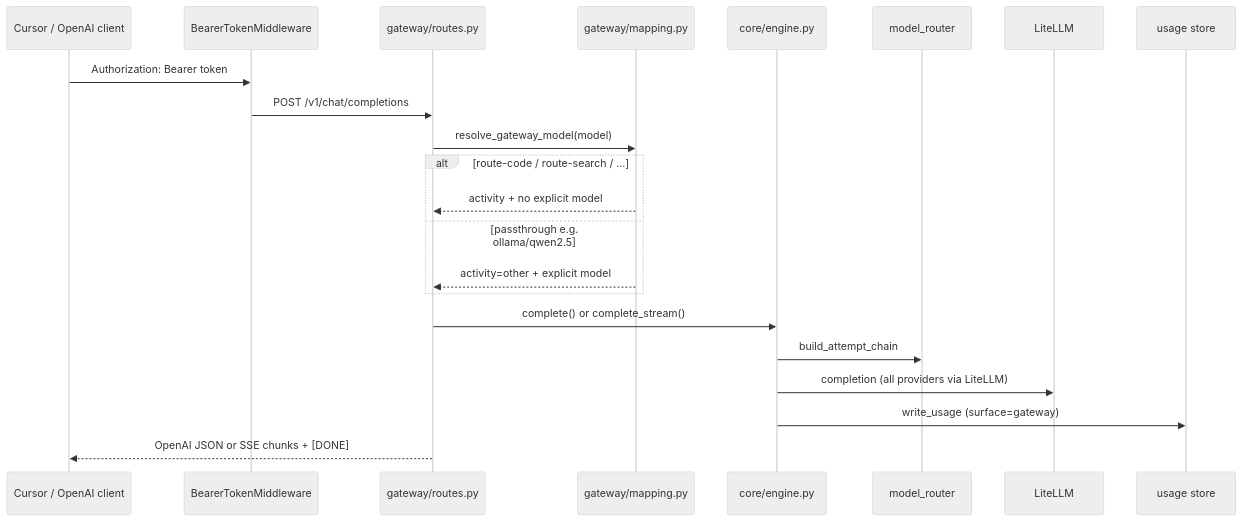
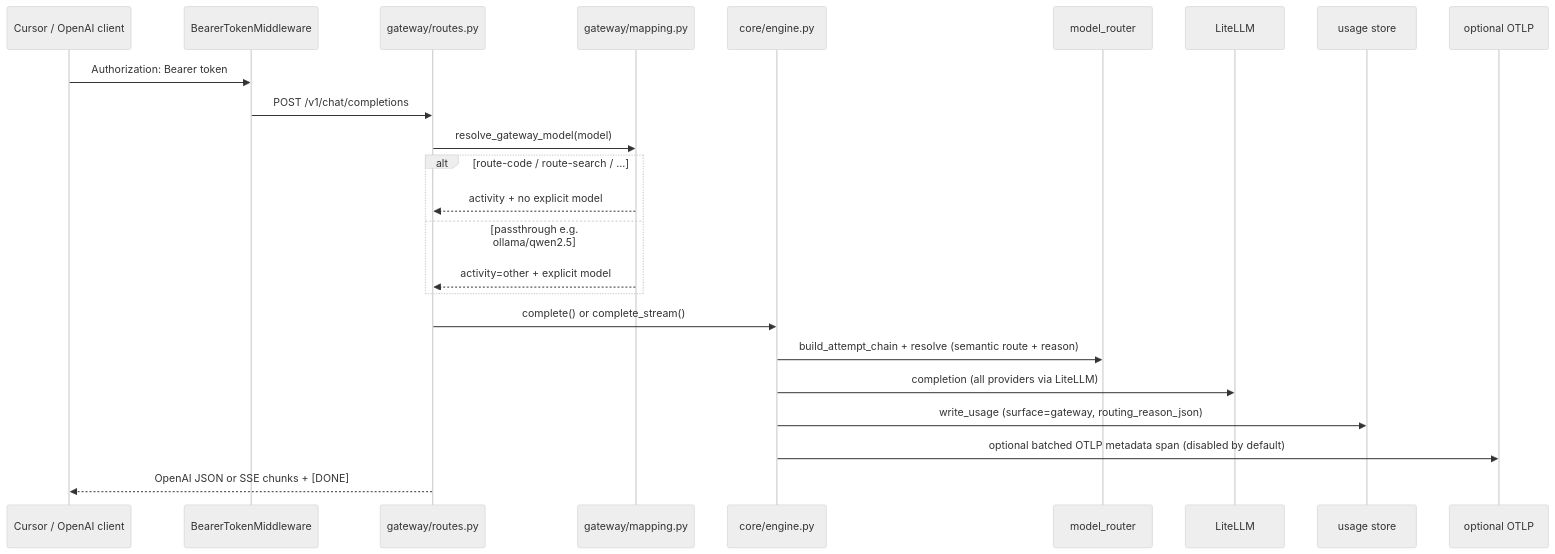
Before and after one commit to Yann-0/ylang: the diagram in docs/gateway.md, drawn with Mermaid (neutral theme). The commit also changed other lines of this file and 56 other files, not shown here.

First line of the commit message:
feat(routing): explainable semantic resolution, optional OTLP, and portal docs

````diff
--- a/docs/gateway.md
+++ b/docs/gateway.md
@@ -187,25 +187,27 @@
 ```mermaid
 sequenceDiagram
     participant Client as Cursor / OpenAI client
     participant Auth as BearerTokenMiddleware
     participant GW as gateway/routes.py
     participant Map as gateway/mapping.py
     participant Eng as core/engine.py
     participant Rtr as model_router
     participant LLM as LiteLLM
     participant DB as usage store
+    participant OTel as optional OTLP
 
     Client->>Auth: Authorization: Bearer token
     Auth->>GW: POST /v1/chat/completions
     GW->>Map: resolve_gateway_model(model)
     alt route-code / route-search / ...
         Map-->>GW: activity + no explicit model
     else passthrough e.g. ollama/qwen2.5
         Map-->>GW: activity=other + explicit model
     end
     GW->>Eng: complete() or complete_stream()
-    Eng->>Rtr: build_attempt_chain
+    Eng->>Rtr: build_attempt_chain + resolve (semantic route + reason)
     Eng->>LLM: completion (all providers via LiteLLM)
-    Eng->>DB: write_usage (surface=gateway)
+    Eng->>DB: write_usage (surface=gateway, routing_reason_json)
+    Eng->>OTel: optional batched OTLP metadata span (disabled by default)
     GW-->>Client: OpenAI JSON or SSE chunks + [DONE]
 ```
````
